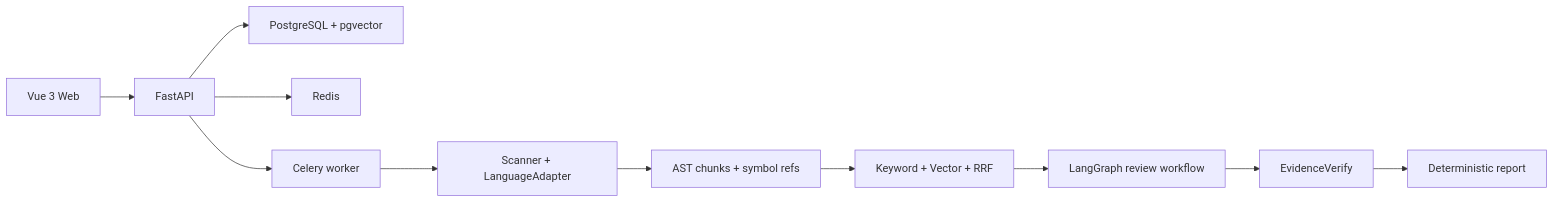
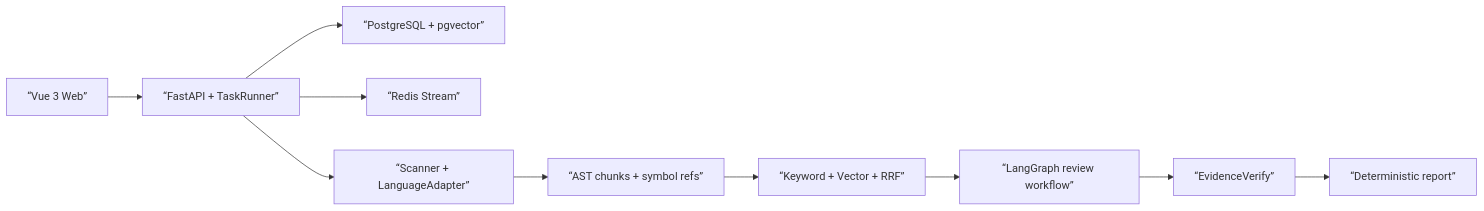
Before and after one commit to Try-C/CodeReview: the first of 2 diagrams in README.md, drawn with Mermaid. The commit also changed other lines of this file, not shown here.

First line of the commit message:
docs: update README with TaskRunner, simplified startup, and current status

````diff
--- a/README.md
+++ b/README.md
@@ -22,13 +20,12 @@
 ```mermaid
 flowchart LR
-    U["Vue 3 Web"] --> A["FastAPI"]
-    A --> P["PostgreSQL + pgvector"]
-    A --> R["Redis"]
-    A --> C["Celery worker"]
-    C --> S["Scanner + LanguageAdapter"]
-    S --> I["AST chunks + symbol refs"]
-    I --> H["Keyword + Vector + RRF"]
-    H --> G["LangGraph review workflow"]
-    G --> E["EvidenceVerify"]
-    E --> O["Deterministic report"]
+    U[“Vue 3 Web”] --> A[“FastAPI + TaskRunner”]
+    A --> P[“PostgreSQL + pgvector”]
+    A --> R[“Redis Stream”]
+    A --> S[“Scanner + LanguageAdapter”]
+    S --> I[“AST chunks + symbol refs”]
+    I --> H[“Keyword + Vector + RRF”]
+    H --> G[“LangGraph review workflow”]
+    G --> E[“EvidenceVerify”]
+    E --> O[“Deterministic report”]
 ```
````
